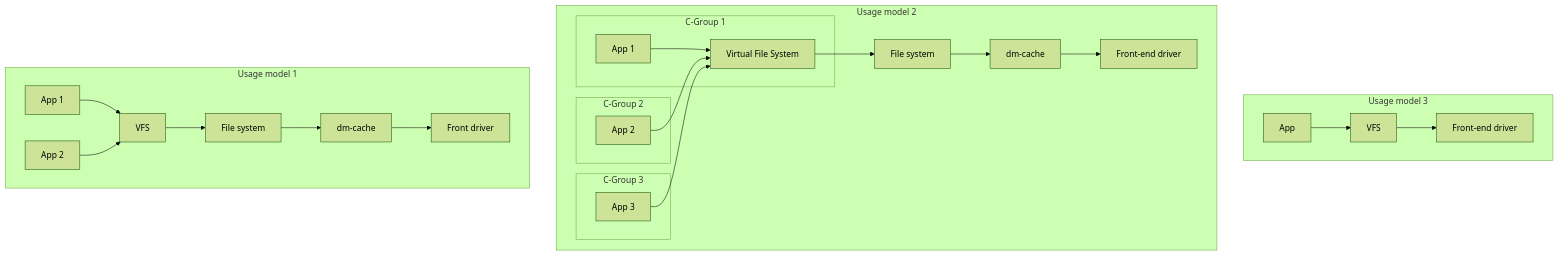
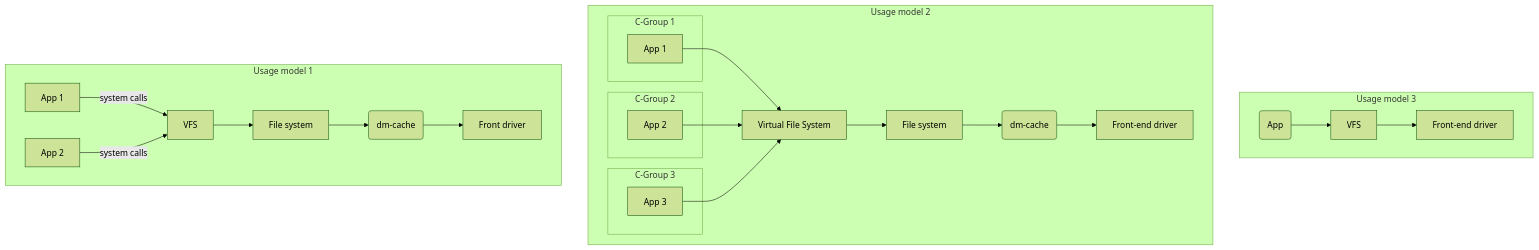
The diagram in docs/usage-model-dia.md (unaisp/provm-2019), drawn with Mermaid (forest theme) before and after one commit.

````diff
--- a/docs/usage-model-dia.md
+++ b/docs/usage-model-dia.md
@@ -2,41 +1,45 @@
-```mermaid
+```mermaid 
 
 graph TB
   
     subgraph Usage model 3
-        App3[App] --> VFS3[VFS]
+        App3(App) --> VFS3[VFS]
         VFS3[VFS] --> FD3[Front-end driver]
     end
     
     
-    subgraph Usage model 2
-        
-        VFS2[Virtual File System]
-         
+    subgraph Usage model 2 
         subgraph C-Group 1
-            U2App1[App 1] --> VFS2
+            U2App1[App 1] 
         end
          subgraph C-Group 2
-            U2App2[App 2] --> VFS2
+            U2App2[App 2] 
         end
-         subgraph C-Group 3
-            U2App3[App 3] --> VFS2
+        subgraph C-Group 3
+            U2App3[App 3] 
         end
     
-   
+        VFS2[Virtual File System] --> FS2[File system]
+        FS2 --> DM2(dm-cache)
+        DM2 --> FD2[Front-end driver]
         
-        VFS2 --> FS2[File system]
-        FS2 --> DM2[dm-cache]
-        DM2 --> FD2[Front-end driver]
+        U2App1 --> VFS2
+        U2App2 --> VFS2
+        U2App3 --> VFS2
+    
+        
     end
     
     
     subgraph Usage model 1
-        A[App 1] --> VFS1[VFS]
-        B[App 2] --> VFS1
+        A[App 1] -- system calls --> VFS1[VFS]
+        B[App 2] -- system calls --> VFS1
         VFS1 --> FS1[File system]
-        FS1 --> DM1[dm-cache]
+        FS1 --> DM1(dm-cache)
         DM1 --> FD1[Front driver]
+        
+        
+        
     end
 
 ```
````
